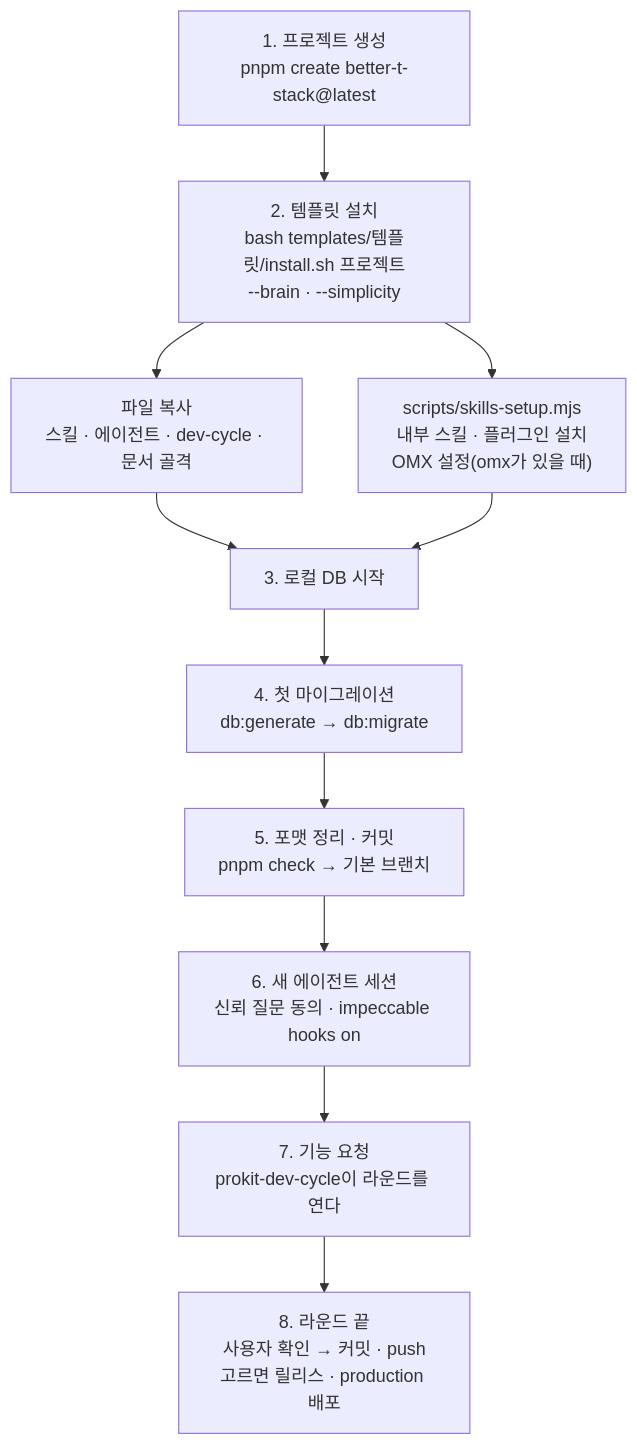
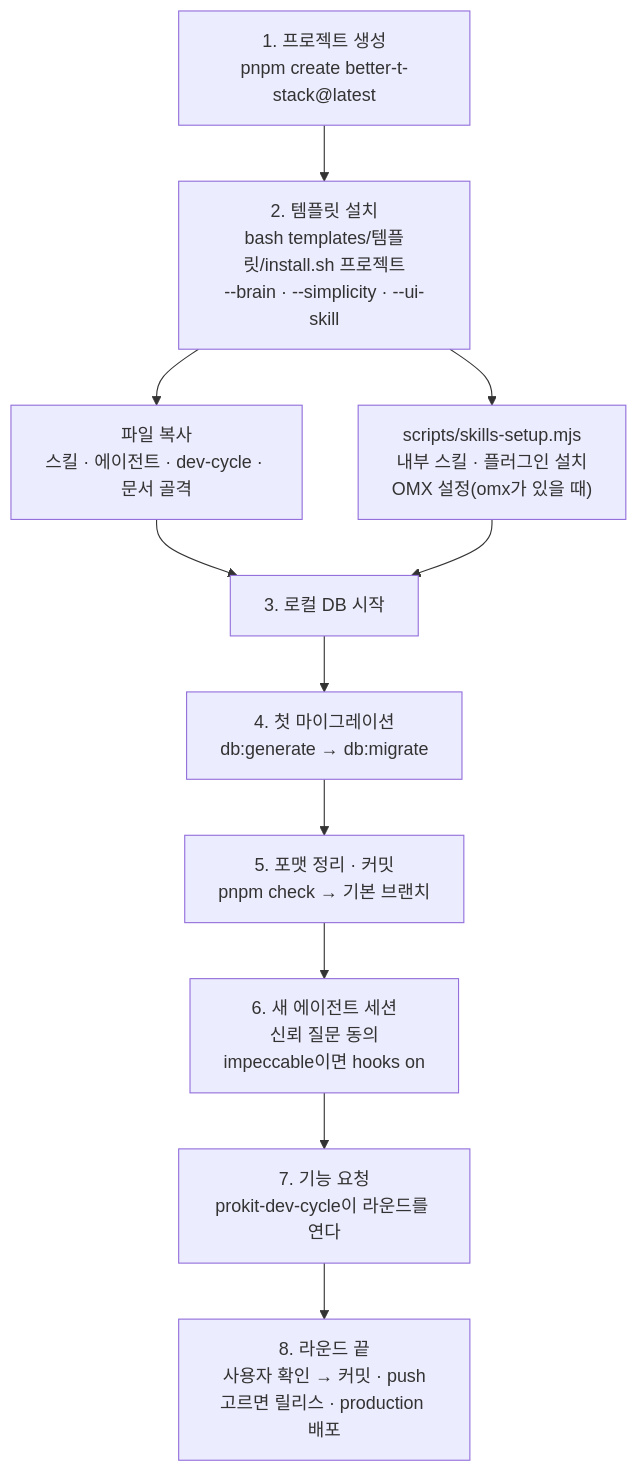
Before and after one commit to roadkwon-ai/pro-kit: the diagram in handbook/start/quickstart-service.md, drawn with Mermaid. The commit also changed other lines of this file and 129 other files, not shown here.

````diff
--- a/handbook/start/quickstart-service.md
+++ b/handbook/start/quickstart-service.md
@@ -72,13 +72,13 @@
 ```mermaid
 flowchart TD
-  A["1. 프로젝트 생성<br/>pnpm create better-t-stack@latest"] --> B["2. 템플릿 설치<br/>bash templates/템플릿/install.sh 프로젝트<br/>--brain · --simplicity"]
+  A["1. 프로젝트 생성<br/>pnpm create better-t-stack@latest"] --> B["2. 템플릿 설치<br/>bash templates/템플릿/install.sh 프로젝트<br/>--brain · --simplicity · --ui-skill"]
   B --> B1["파일 복사<br/>스킬 · 에이전트 · dev-cycle · 문서 골격"]
   B --> B2["scripts/skills-setup.mjs<br/>내부 스킬 · 플러그인 설치<br/>OMX 설정(omx가 있을 때)"]
   B1 --> C["3. 로컬 DB 시작"]
   B2 --> C
   C --> D["4. 첫 마이그레이션<br/>db:generate → db:migrate"]
   D --> E["5. 포맷 정리 · 커밋<br/>pnpm check → 기본 브랜치"]
-  E --> F["6. 새 에이전트 세션<br/>신뢰 질문 동의 · impeccable hooks on"]
+  E --> F["6. 새 에이전트 세션<br/>신뢰 질문 동의<br/>impeccable이면 hooks on"]
   F --> G["7. 기능 요청<br/>prokit-dev-cycle이 라운드를 연다"]
   G --> H["8. 라운드 끝<br/>사용자 확인 → 커밋 · push<br/>고르면 릴리스 · production 배포"]
 ```
````
